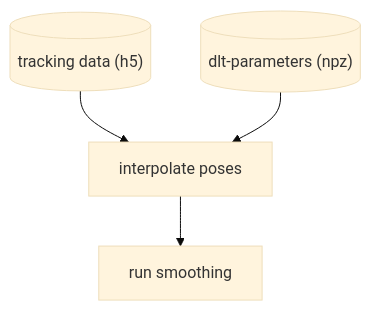
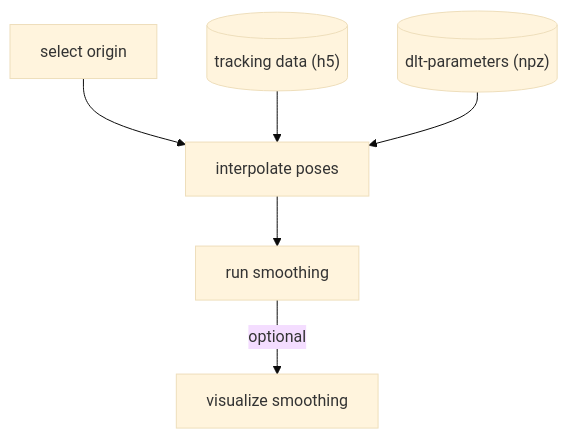
Before and after one commit to GazzolaLab/BR2-vision-based-smoothing: the sixth of 6 diagrams in README.md, drawn with Mermaid (base theme). The commit also changed other lines of this file, not shown here.

Commit message:
update readme with new cli commands

````diff
--- a/README.md
+++ b/README.md
@@ -134,11 +135,15 @@
 ```mermaid
 flowchart TD
+    Origin["select origin"]
     T[("tracking data (h5)")]
     DLT[("dlt-parameters (npz)")]
     smt1["interpolate poses"]
     smt2["run smoothing"]
+    smt3["visualize smoothing"]
     
+    Origin --> smt1
     T --> smt1
     DLT --> smt1
     smt1 --> smt2
+    smt2 -->|optional| smt3
 ```
````
